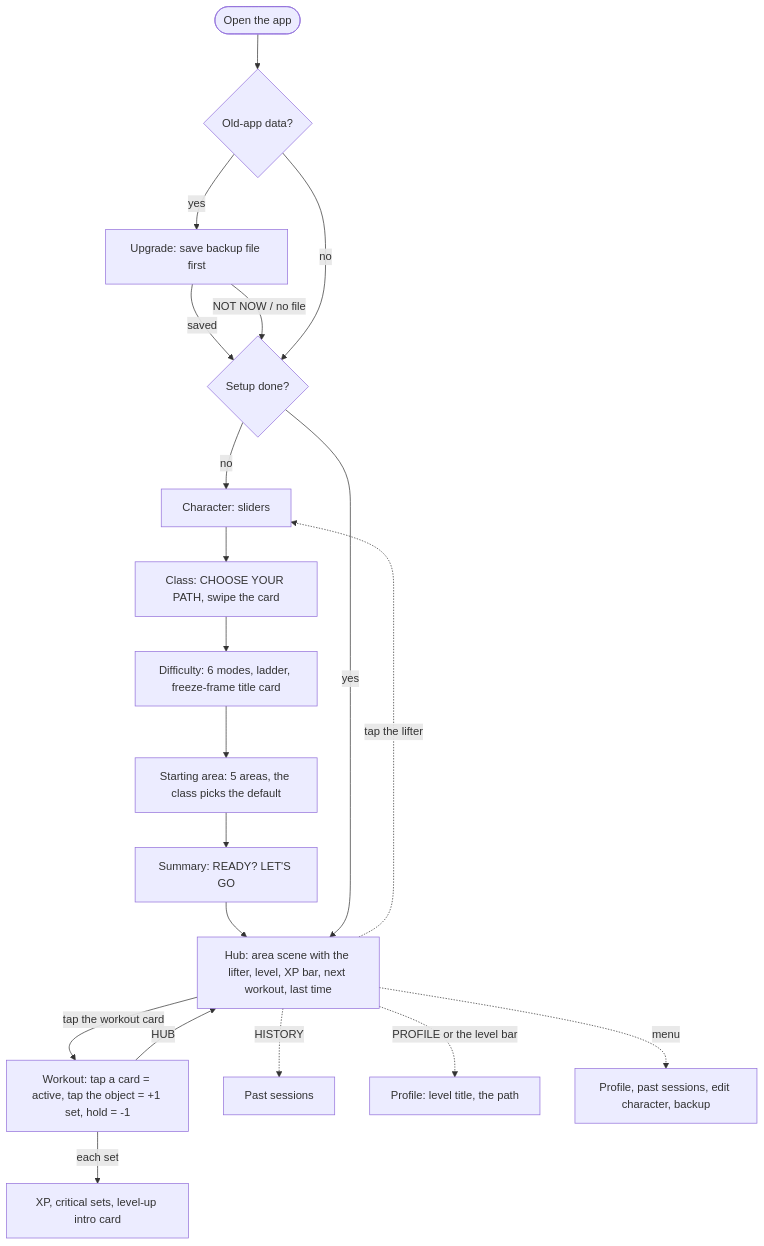
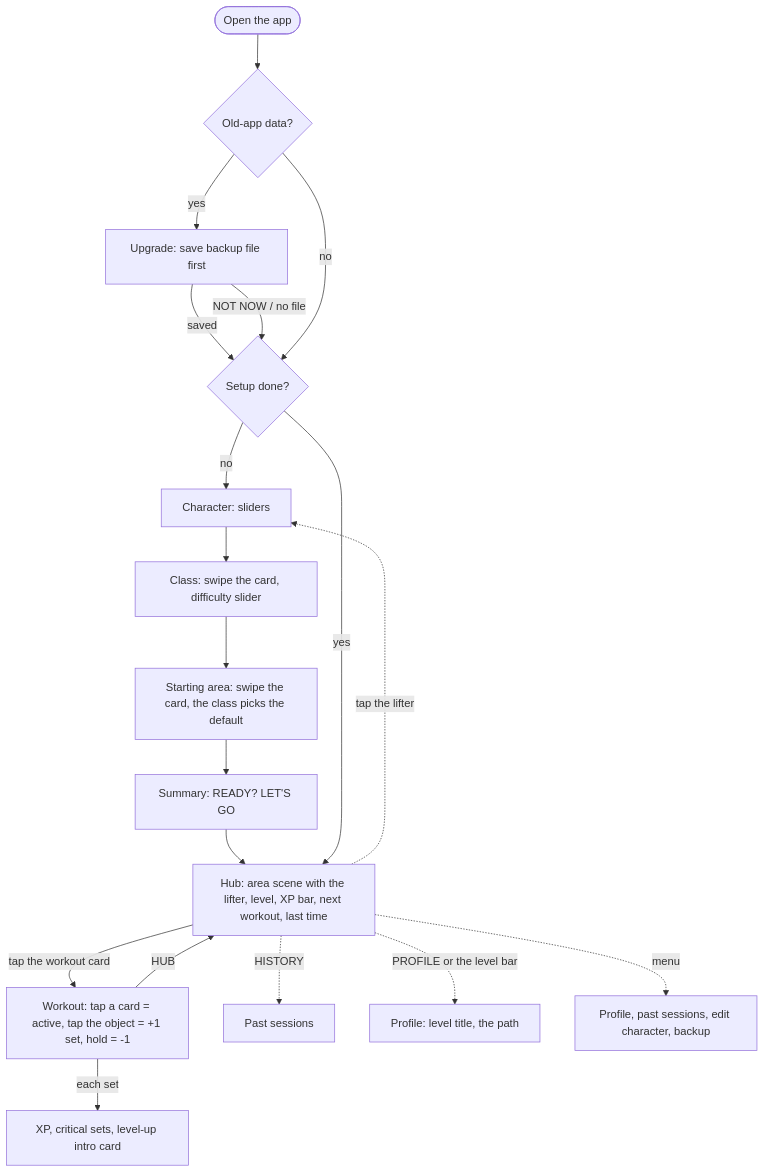
Before and after one commit to alex-antohi/pumplex: the diagram in docs/app-flow.md, drawn with Mermaid. The commit also changed other lines of this file and 7 other files, not shown here.

First line of the commit message:
Setup in 4 steps: difficulty slider on class, area swipe card (D47)

````diff
--- a/docs/app-flow.md
+++ b/docs/app-flow.md
@@ -25,24 +25,23 @@
 ```mermaid
 flowchart TD
     launch([Open the app]) --> old{Old-app data?}
     old -- yes --> migrate[Upgrade: save backup file first]
     migrate -- saved --> setupDone
     migrate -- NOT NOW / no file --> setupDone
     old -- no --> setupDone{Setup done?}
     setupDone -- no --> char[Character: sliders]
-    char --> cls[Class: CHOOSE YOUR PATH, swipe the card]
-    cls --> diff[Difficulty: 6 modes, ladder, freeze-frame title card]
-    diff --> area[Starting area: 5 areas, the class picks the default]
+    char --> cls[Class: swipe the card, difficulty slider]
+    cls --> area[Starting area: swipe the card, the class picks the default]
     area --> summary[Summary: READY? LET'S GO]
     summary --> hub
     setupDone -- yes --> hub[Hub: area scene with the lifter, level, XP bar, next workout, last time]
 
     hub -- tap the workout card --> work[Workout: tap a card = active, tap the object = +1 set, hold = -1]
     work -- each set --> xp[XP, critical sets, level-up intro card]
     work -- HUB --> hub
 
     hub -. HISTORY .-> history[Past sessions]
     hub -. PROFILE or the level bar .-> profile[Profile: level title, the path]
     hub -. tap the lifter .-> char
     hub -. menu .-> menu[Profile, past sessions, edit character, backup]
 ```
````
